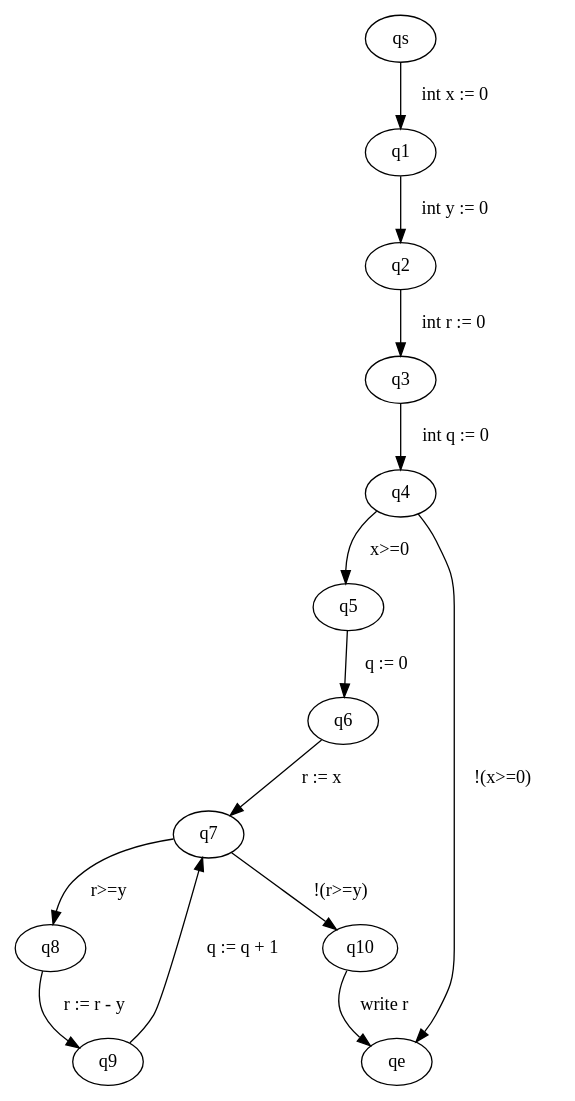
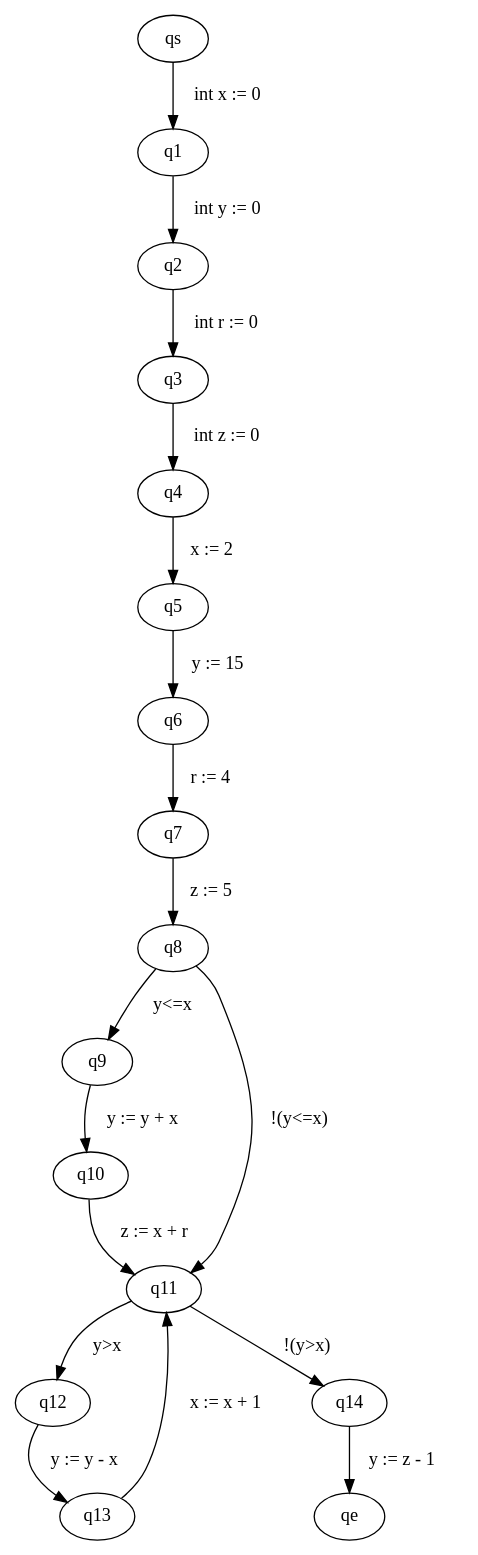
One commit to FloKes/ProgramAnalysis changed the diagram in src/main/java/graphviz/input.dot. Above: the diagram before and after it, drawn with Graphviz. The commit also changed 4 other files, not shown here.

```diff
--- a/src/main/java/graphviz/input.dot
+++ b/src/main/java/graphviz/input.dot
@@ -1,15 +1,19 @@
 digraph ProgramGraph{
 "qs" -> "q1" [label="  int x := 0   "] 
 "q1" -> "q2" [label="  int y := 0   "] 
 "q2" -> "q3" [label="  int r := 0   "] 
-"q3" -> "q4" [label="  int q := 0   "] 
-"q4" -> "q5" [label="  x>=0   "] 
-"q4" -> "qe" [label="  !(x>=0)   "] 
-"q5" -> "q6" [label="  q := 0   "] 
-"q6" -> "q7" [label="  r := x   "] 
-"q7" -> "q8" [label="  r>=y   "] 
-"q7" -> "q10" [label="  !(r>=y)   "] 
-"q8" -> "q9" [label="  r := r - y   "] 
-"q9" -> "q7" [label="  q := q + 1   "] 
-"q10" -> "qe" [label="  write r   "] 
+"q3" -> "q4" [label="  int z := 0   "] 
+"q4" -> "q5" [label="  x := 2   "] 
+"q5" -> "q6" [label="  y := 15   "] 
+"q6" -> "q7" [label="  r := 4   "] 
+"q7" -> "q8" [label="  z := 5   "] 
+"q8" -> "q9" [label="  y<=x   "] 
+"q8" -> "q11" [label="  !(y<=x)   "] 
+"q9" -> "q10" [label="  y := y + x   "] 
+"q10" -> "q11" [label="  z := x + r   "] 
+"q11" -> "q12" [label="  y>x   "] 
+"q11" -> "q14" [label="  !(y>x)   "] 
+"q12" -> "q13" [label="  y := y - x   "] 
+"q13" -> "q11" [label="  x := x + 1   "] 
+"q14" -> "qe" [label="  y := z - 1   "] 
 }
```
